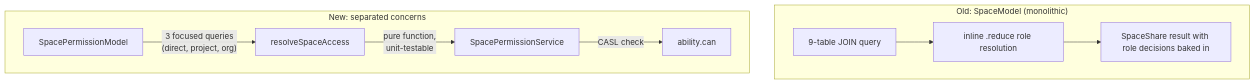
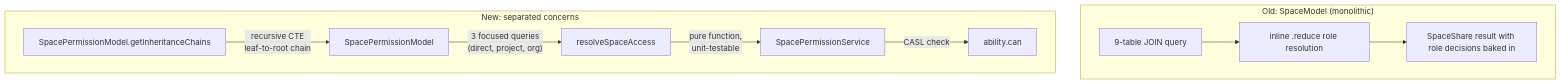
The diagram in packages/backend/src/services/SpaceService/CLAUDE.md (lightdash/lightdash), drawn with Mermaid before and after one commit. The commit also changed other lines of this file and 1 other file, not shown here.

First line of the commit message:
chore: update space CLAUDE.md files to reflect chain-based inheritance

````diff
--- a/packages/backend/src/services/SpaceService/CLAUDE.md
+++ b/packages/backend/src/services/SpaceService/CLAUDE.md
@@ -80,13 +83,14 @@
 ```mermaid
 flowchart TB
     subgraph "Old: SpaceModel (monolithic)"
         O1[9-table JOIN query] --> O2[inline .reduce role resolution]
         O2 --> O3[SpaceShare result with role decisions baked in]
     end
 
     subgraph "New: separated concerns"
-        N1[SpacePermissionModel] -->|"3 focused queries<br/>(direct, project, org)"| N2[resolveSpaceAccess]
+        N0[SpacePermissionModel.getInheritanceChains] -->|"recursive CTE<br/>leaf-to-root chain"| N1[SpacePermissionModel]
+        N1 -->|"3 focused queries<br/>(direct, project, org)"| N2[resolveSpaceAccess]
         N2 -->|"pure function,<br/>unit-testable"| N3[SpacePermissionService]
         N3 -->|"CASL check"| N4[ability.can]
     end
 ```
````
